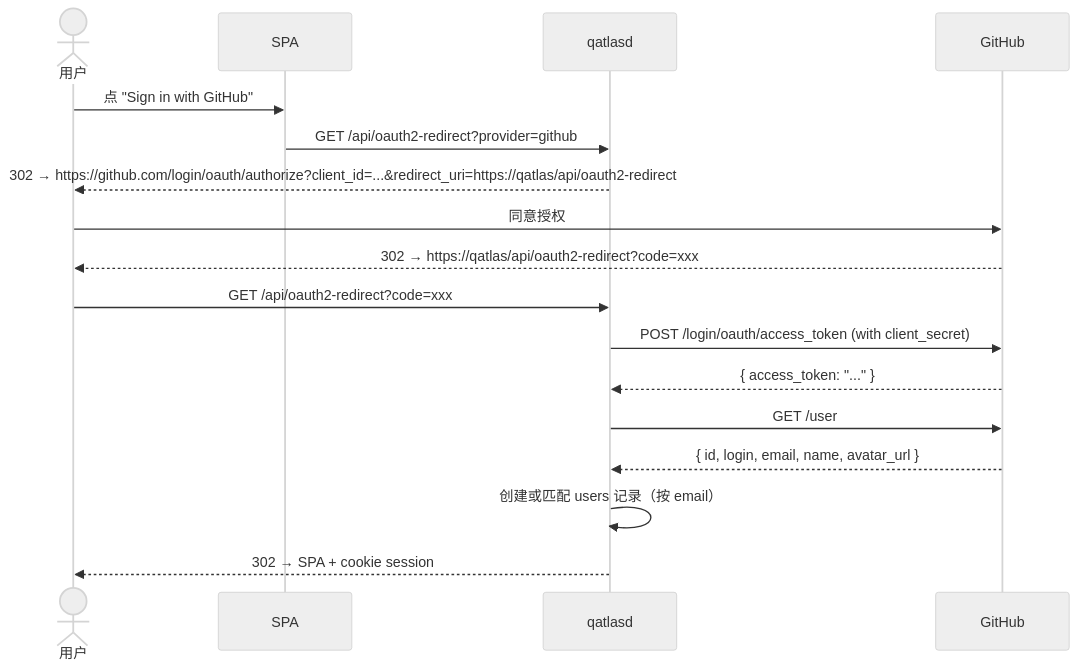
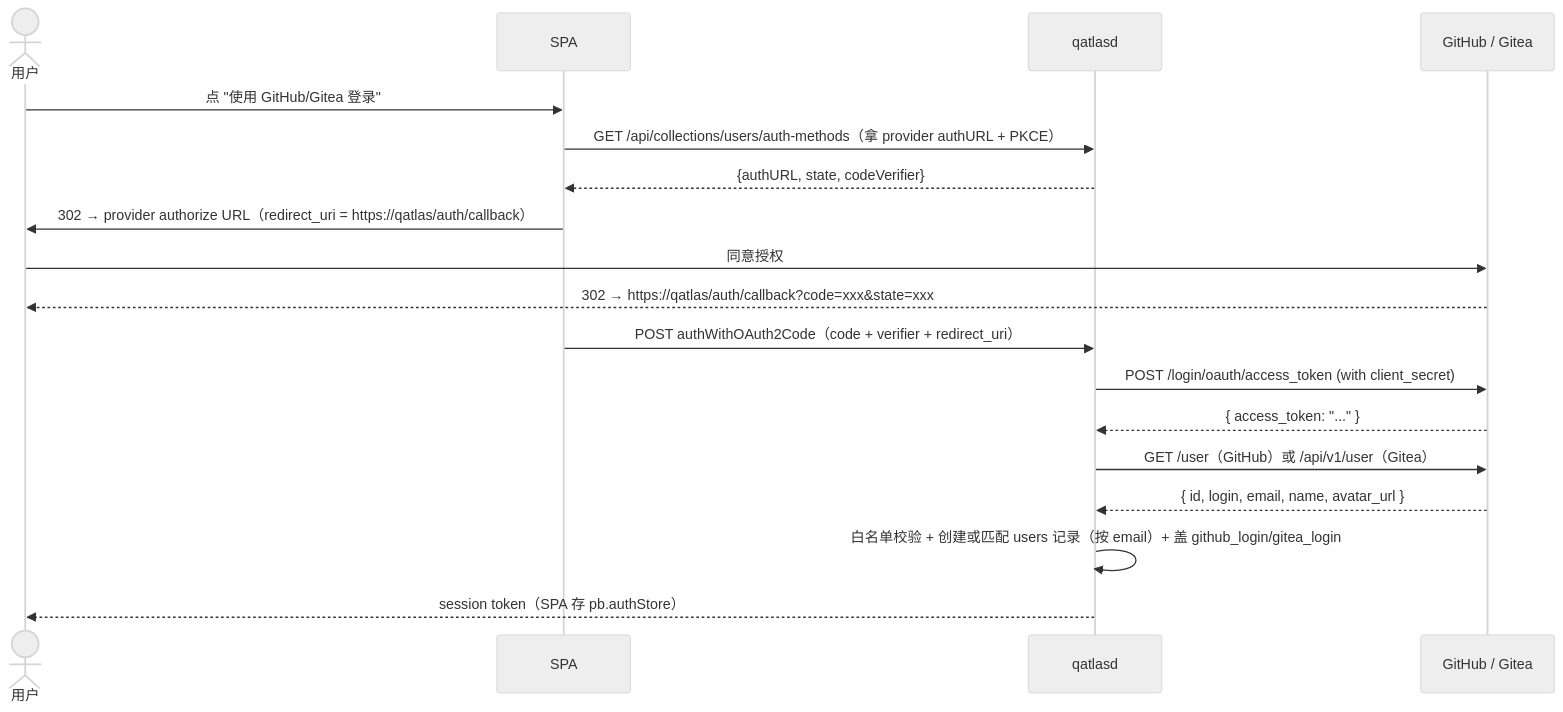
Before and after one commit to IAI-USTC-Quantum/QuantumAtlas: the diagram in docs/server/github-oauth.md, drawn with Mermaid (neutral theme). The commit also changed other lines of this file and 30 other files, not shown here.

````diff
--- a/docs/server/github-oauth.md
+++ b/docs/server/github-oauth.md
@@ -49,19 +118,20 @@
 ```mermaid
 sequenceDiagram
     actor U as 用户
     participant SPA as SPA
     participant QA as qatlasd
-    participant GH as GitHub
-    U->>SPA: 点 "Sign in with GitHub"
-    SPA->>QA: GET /api/oauth2-redirect?provider=github
-    QA-->>U: 302 → https://github.com/login/oauth/authorize?client_id=...&redirect_uri=https://qatlas/api/oauth2-redirect
+    participant GH as GitHub / Gitea
+    U->>SPA: 点 "使用 GitHub/Gitea 登录"
+    SPA->>QA: GET /api/collections/users/auth-methods（拿 provider authURL + PKCE）
+    QA-->>SPA: {authURL, state, codeVerifier}
+    SPA->>U: 302 → provider authorize URL（redirect_uri = https://qatlas/auth/callback）
     U->>GH: 同意授权
-    GH-->>U: 302 → https://qatlas/api/oauth2-redirect?code=xxx
-    U->>QA: GET /api/oauth2-redirect?code=xxx
+    GH-->>U: 302 → https://qatlas/auth/callback?code=xxx&state=xxx
+    SPA->>QA: POST authWithOAuth2Code（code + verifier + redirect_uri）
     QA->>GH: POST /login/oauth/access_token (with client_secret)
     GH-->>QA: { access_token: "..." }
-    QA->>GH: GET /user
+    QA->>GH: GET /user（GitHub）或 /api/v1/user（Gitea）
     GH-->>QA: { id, login, email, name, avatar_url }
-    QA->>QA: 创建或匹配 users 记录（按 email）
-    QA-->>U: 302 → SPA + cookie session
+    QA->>QA: 白名单校验 + 创建或匹配 users 记录（按 email）+ 盖 github_login/gitea_login
+    QA-->>U: session token（SPA 存 pb.authStore）
 ```
````
